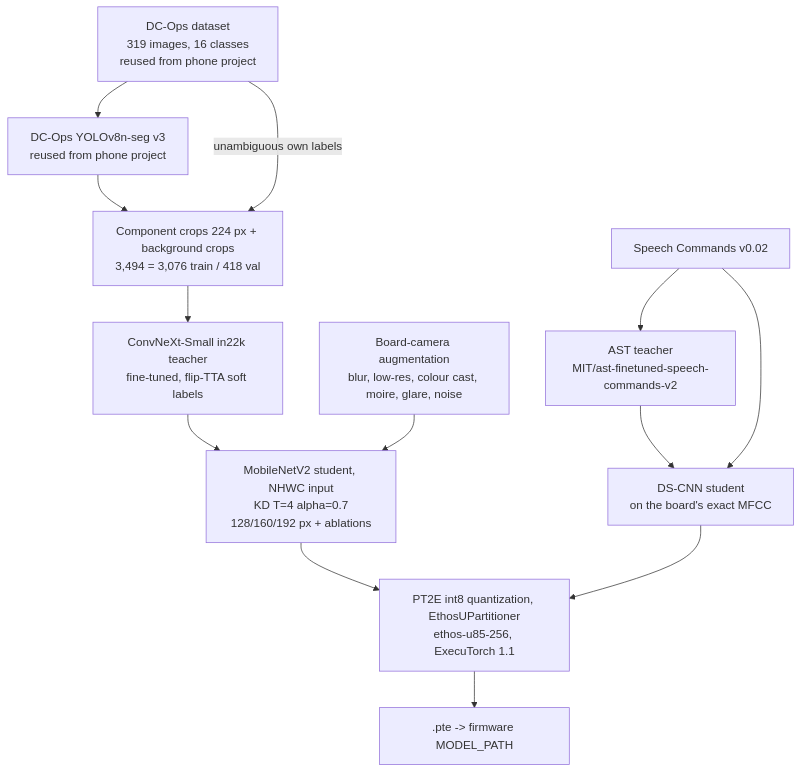
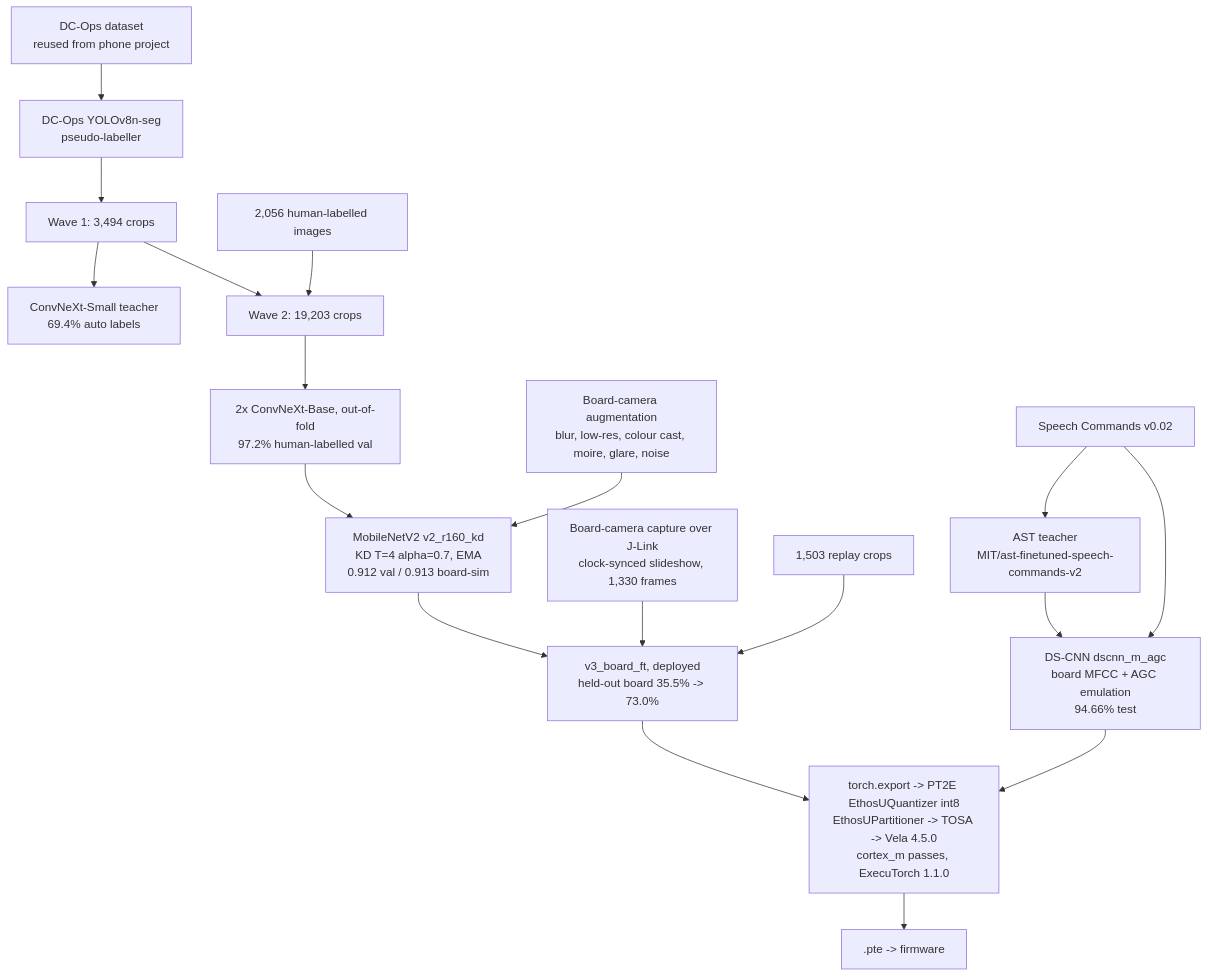
Before and after one commit to abhijitbetigeri/executorch-alife8: the second of 2 diagrams in dcops/docs/ARCHITECTURE.md, drawn with Mermaid. The commit also changed other lines of this file and 22 other files, not shown here.

First line of the commit message:
DC-Ops: board-camera fine-tuned model, 5-class demo build, docs

````diff
--- a/dcops/docs/ARCHITECTURE.md
+++ b/dcops/docs/ARCHITECTURE.md
@@ -40,15 +76,20 @@
 ```mermaid
 flowchart TB
-  DS[DC-Ops dataset<br/>319 images, 16 classes<br/>reused from phone project] --> Y
-  Y[DC-Ops YOLOv8n-seg v3<br/>reused from phone project] --> CR
-  DS -- unambiguous own labels --> CR
-  CR[Component crops 224 px + background crops<br/>3,494 = 3,076 train / 418 val] --> T
-  T[ConvNeXt-Small in22k teacher<br/>fine-tuned, flip-TTA soft labels] --> S
+  DS[DC-Ops dataset<br/>reused from phone project] --> Y
+  Y[DC-Ops YOLOv8n-seg<br/>pseudo-labeller] --> CR1
+  CR1[Wave 1: 3,494 crops] --> T1[ConvNeXt-Small teacher<br/>69.4% auto labels]
+  HL[2,056 human-labelled images] --> CR2[Wave 2: 19,203 crops]
+  CR1 --> CR2
+  CR2 --> T2[2x ConvNeXt-Base, out-of-fold<br/>97.2% human-labelled val]
+  T2 --> S
   AUG[Board-camera augmentation<br/>blur, low-res, colour cast, moire, glare, noise] --> S
-  S[MobileNetV2 student, NHWC input<br/>KD T=4 alpha=0.7<br/>128/160/192 px + ablations] --> EX
+  S[MobileNetV2 v2_r160_kd<br/>KD T=4 alpha=0.7, EMA<br/>0.912 val / 0.913 board-sim] --> FT
+  BC[Board-camera capture over J-Link<br/>clock-synced slideshow, 1,330 frames] --> FT
+  RP[1,503 replay crops] --> FT
+  FT[v3_board_ft, deployed<br/>held-out board 35.5% -> 73.0%] --> EX
   SC[Speech Commands v0.02] --> AST[AST teacher<br/>MIT/ast-finetuned-speech-commands-v2]
-  AST --> K[DS-CNN student<br/>on the board's exact MFCC]
+  AST --> K[DS-CNN dscnn_m_agc<br/>board MFCC + AGC emulation<br/>94.66% test]
   SC --> K
   K --> EX
-  EX[PT2E int8 quantization, EthosUPartitioner<br/>ethos-u85-256, ExecuTorch 1.1] --> PTE[.pte -> firmware MODEL_PATH]
+  EX[torch.export -> PT2E EthosUQuantizer int8<br/>EthosUPartitioner -> TOSA -> Vela 4.5.0<br/>cortex_m passes, ExecuTorch 1.1.0] --> PTE[.pte -> firmware]
 ```
````
